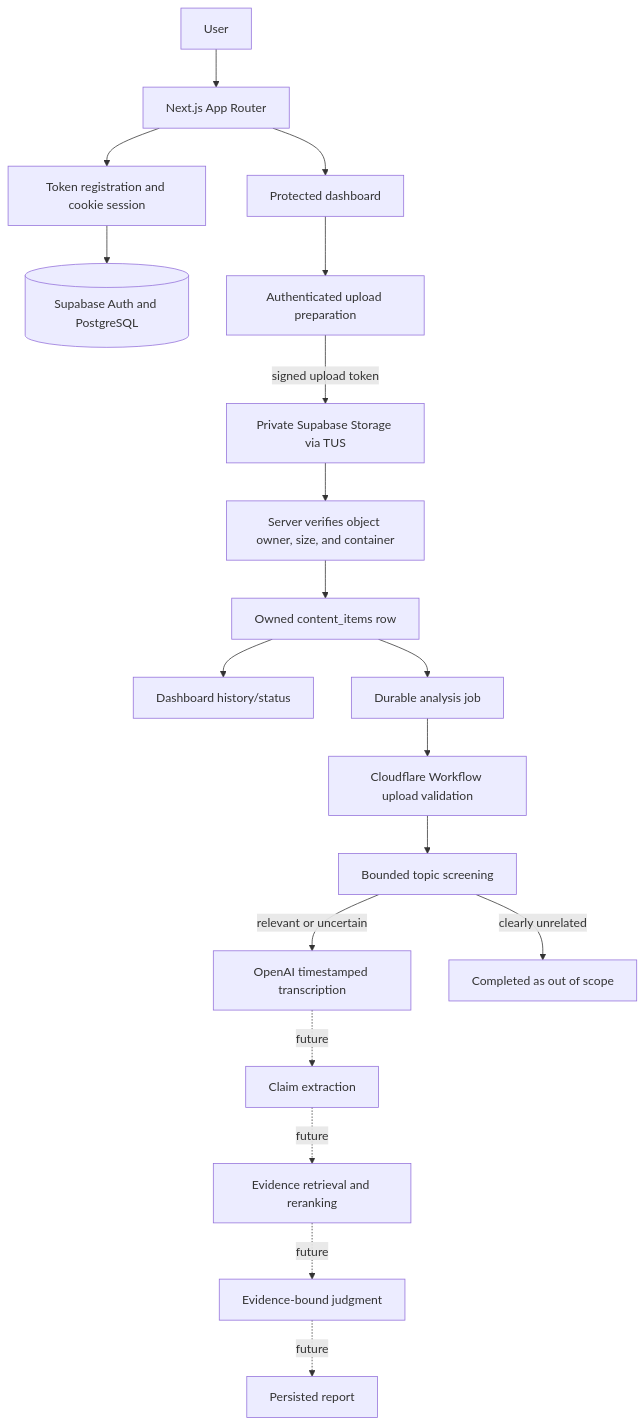
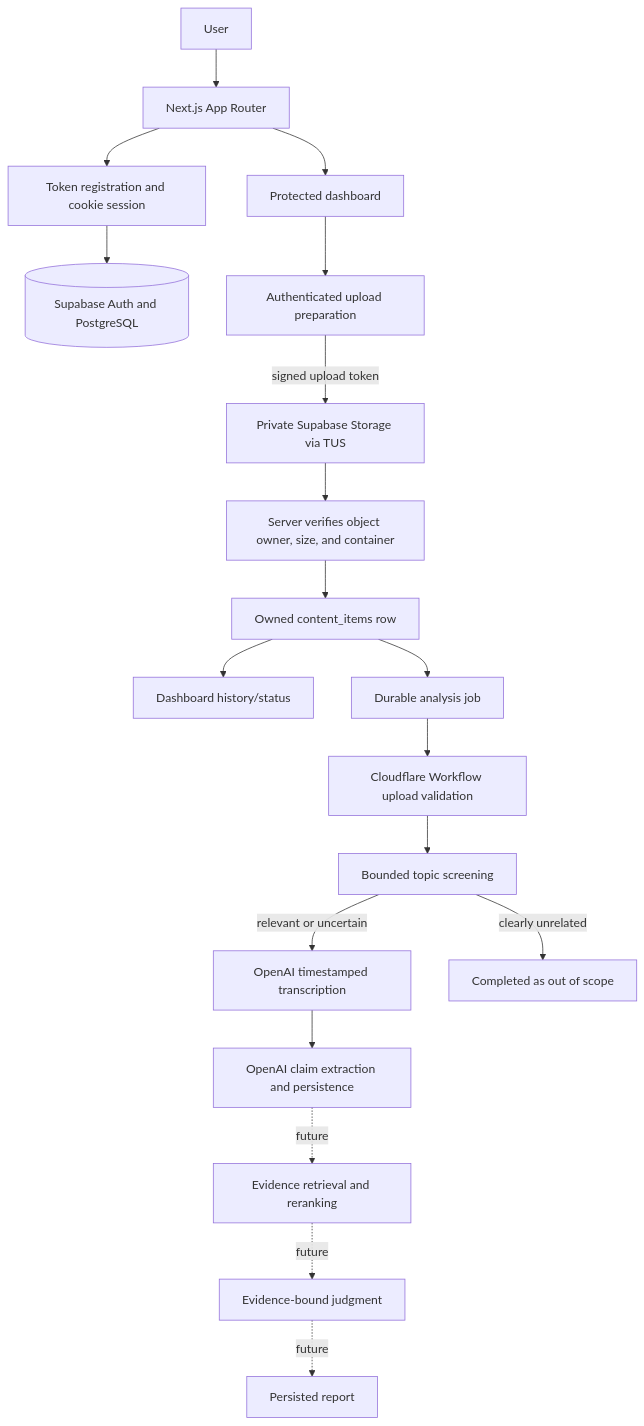
One commit to Kirbik/psych-factcheck changed the diagram in ARCHITECTURE.md. Above: the diagram before and after it, drawn with Mermaid. The commit also changed other lines of this file and 31 other files, not shown here.

````diff
--- a/ARCHITECTURE.md
+++ b/ARCHITECTURE.md
@@ -21,21 +21,21 @@
 ```mermaid
 flowchart TD
   U[User] --> WEB[Next.js App Router]
   WEB --> AUTH[Token registration and cookie session]
   AUTH --> DB[(Supabase Auth and PostgreSQL)]
   WEB --> DASH[Protected dashboard]
   DASH --> UP[Authenticated upload preparation]
   UP -->|signed upload token| STORAGE[Private Supabase Storage via TUS]
   STORAGE --> VERIFY[Server verifies object owner, size, and container]
   VERIFY --> CONTENT[Owned content_items row]
   CONTENT --> HISTORY[Dashboard history/status]
   CONTENT --> JOB[Durable analysis job]
   JOB --> PREP[Cloudflare Workflow upload validation]
   PREP --> SCREEN[Bounded topic screening]
   SCREEN -->|relevant or uncertain| TRANS[OpenAI timestamped transcription]
   SCREEN -->|clearly unrelated| STOP[Completed as out of scope]
-  TRANS -. future .-> CLAIMS[Claim extraction]
+  TRANS --> CLAIMS[OpenAI claim extraction and persistence]
   CLAIMS -. future .-> RAG[Evidence retrieval and reranking]
   RAG -. future .-> JUDGE[Evidence-bound judgment]
   JUDGE -. future .-> REPORT[Persisted report]
 ```
````
